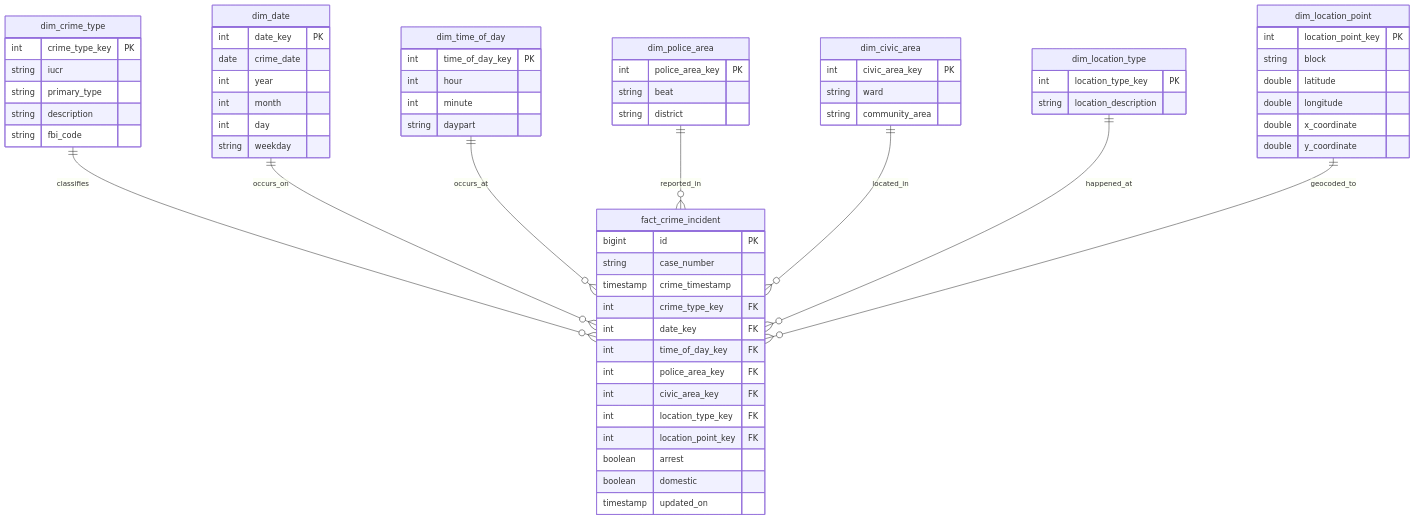
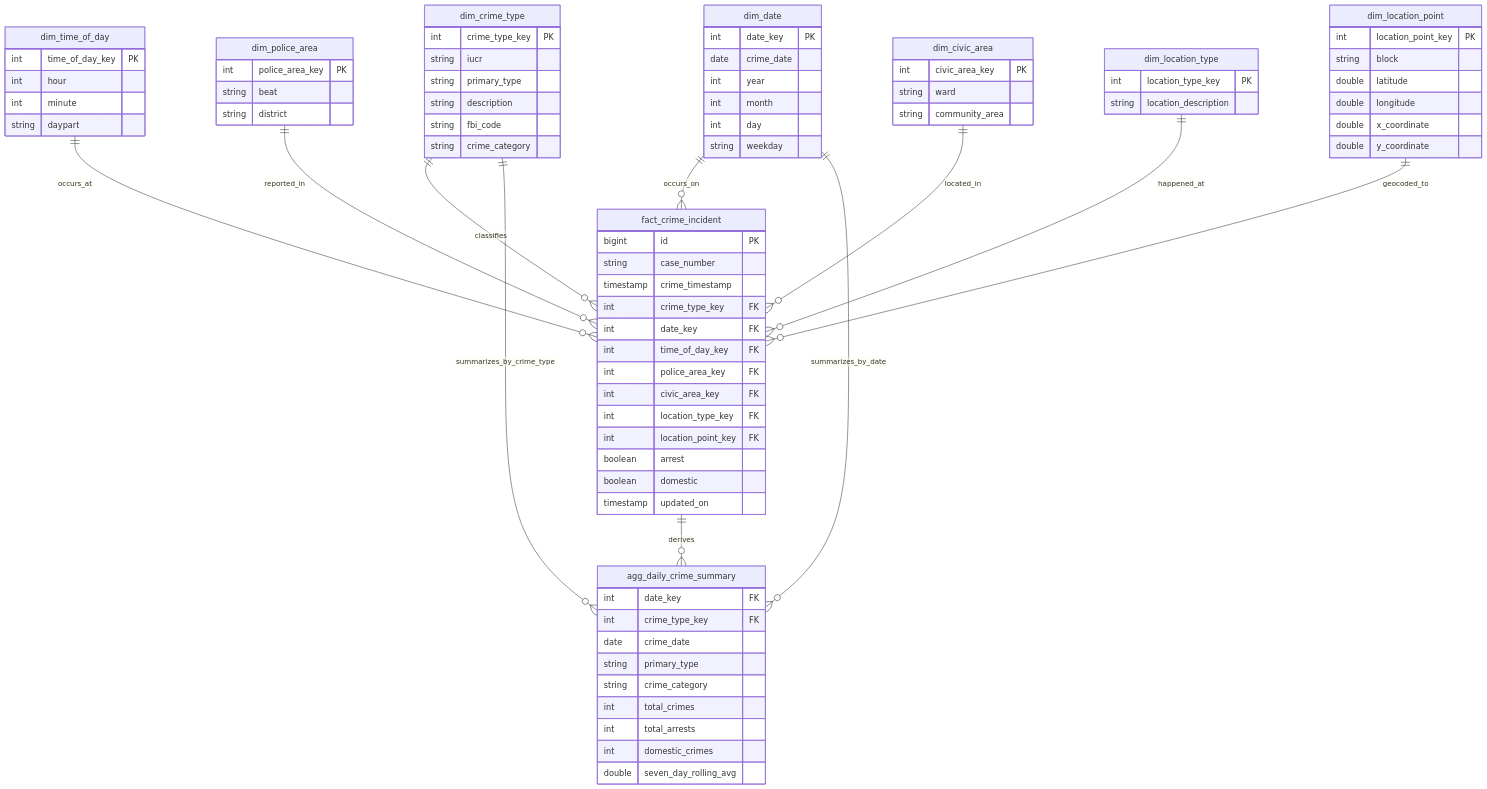
Before and after one commit to mlikhitha33-ship-it/chicago-crimes-data-pipeline: the diagram in README.md, drawn with Mermaid. The commit also changed other lines of this file, not shown here.

Commit message:
Enhance crime model with new fields and aggregate summary
Added crime_category field to crime-related structures and introduced agg_daily_crime_summary for aggregated crime data analysis.

````diff
--- a/README.md
+++ b/README.md
@@ -205,6 +205,7 @@
         string primary_type
         string description
         string fbi_code
+        string crime_category
     }
 
     dim_date {
@@ -249,6 +250,18 @@
         double y_coordinate
     }
 
+    agg_daily_crime_summary {
+        int date_key FK
+        int crime_type_key FK
+        date crime_date
+        string primary_type
+        string crime_category
+        int total_crimes
+        int total_arrests
+        int domestic_crimes
+        double seven_day_rolling_avg
+    }
+
     dim_crime_type ||--o{ fact_crime_incident : classifies
     dim_date ||--o{ fact_crime_incident : occurs_on
     dim_time_of_day ||--o{ fact_crime_incident : occurs_at
@@ -256,4 +269,8 @@
     dim_civic_area ||--o{ fact_crime_incident : located_in
     dim_location_type ||--o{ fact_crime_incident : happened_at
     dim_location_point ||--o{ fact_crime_incident : geocoded_to
+
+    fact_crime_incident ||--o{ agg_daily_crime_summary : derives
+    dim_date ||--o{ agg_daily_crime_summary : summarizes_by_date
+    dim_crime_type ||--o{ agg_daily_crime_summary : summarizes_by_crime_type
 ```
````
